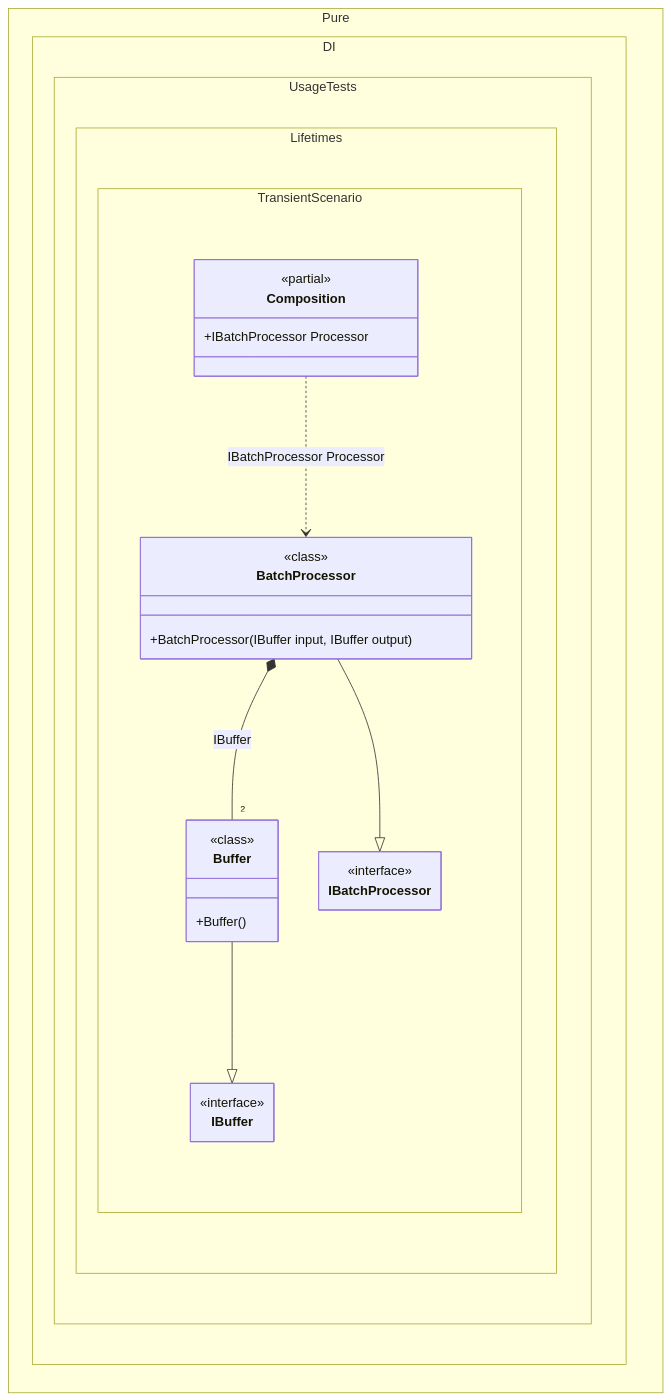
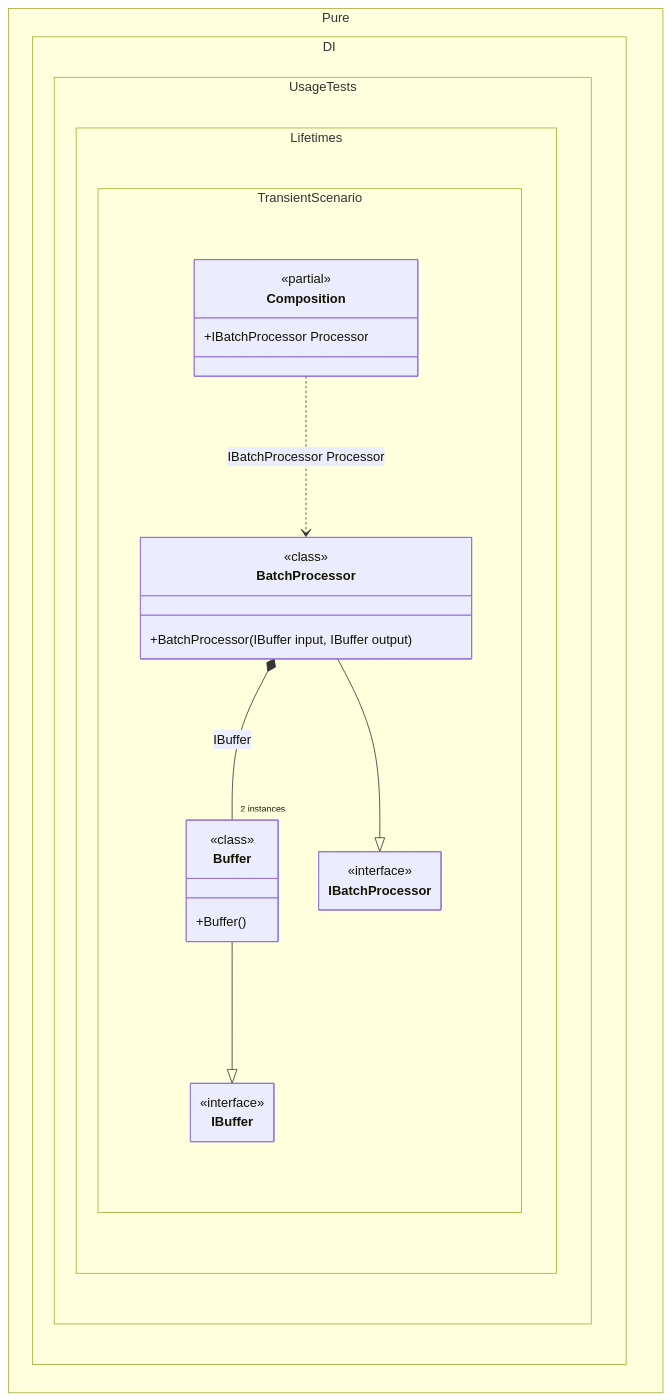
The diagram in readme/transient.md (MaiKuraki/Pure.DI), drawn with Mermaid before and after one commit. The commit also changed 152 other files, not shown here.

````diff
--- a/readme/transient.md
+++ b/readme/transient.md
@@ -104,34 +104,32 @@
 ```mermaid
 ---
  config:
-  maxTextSize: 2147483647
-  maxEdges: 2147483647
   class:
    hideEmptyMembersBox: true
 ---
 classDiagram
 	Buffer --|> IBuffer
 	BatchProcessor --|> IBatchProcessor
 	Composition ..> BatchProcessor : IBatchProcessor Processor
-	BatchProcessor *-- "2 " Buffer : IBuffer
+	BatchProcessor *-- "2 instances" Buffer : IBuffer
 	namespace Pure.DI.UsageTests.Lifetimes.TransientScenario {
 		class BatchProcessor {
 				<<class>>
 			+BatchProcessor(IBuffer input, IBuffer output)
 		}
 		class Buffer {
 				<<class>>
 			+Buffer()
 		}
 		class Composition {
 		<<partial>>
 		+IBatchProcessor Processor
 		}
 		class IBatchProcessor {
 			<<interface>>
 		}
 		class IBuffer {
 			<<interface>>
 		}
 	}
 ```
````
